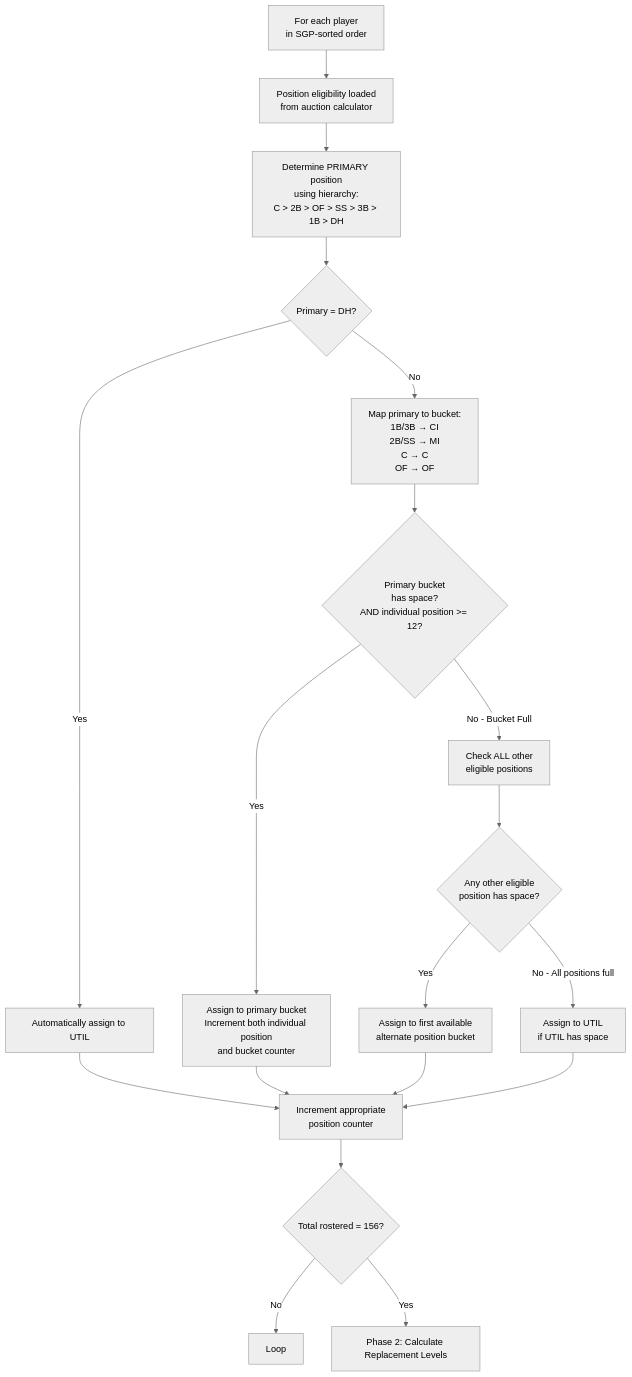
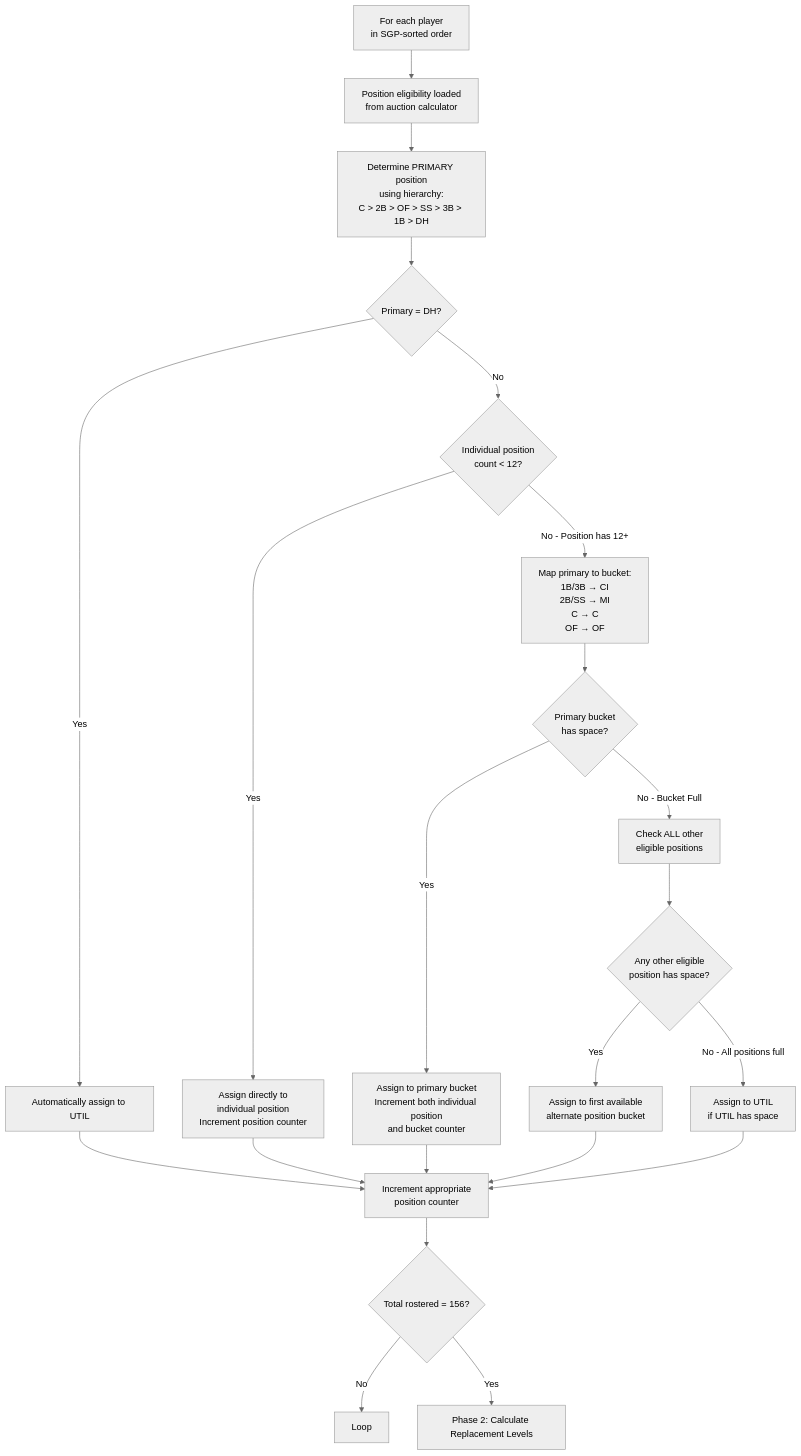
Diagram 13 of 25 in README.md (aflynn0213/FantasySgpSystem), drawn with Mermaid (neutral theme) before and after one commit. The commit also changed other lines of this file, not shown here.

Commit message:
Update position counts and mapping logic in README

````diff
--- a/README.md
+++ b/README.md
@@ -688,29 +689,33 @@
 ```mermaid
 flowchart TD
     Start[For each player<br/>in SGP-sorted order] --> GetElig[Position eligibility loaded<br/>from auction calculator]
     
     GetElig --> Primary[Determine PRIMARY position<br/>using hierarchy:<br/>C > 2B > OF > SS > 3B > 1B > DH]
     
     Primary --> IsDH{Primary = DH?}
     IsDH -->|Yes| AssignUTIL[Automatically assign to UTIL]
     
-    IsDH -->|No| MapPos[Map primary to bucket:<br/>1B/3B → CI<br/>2B/SS → MI<br/>C → C<br/>OF → OF]
+    IsDH -->|No| CheckMinimum{Individual position<br/>count < 12?}
     
-    MapPos --> CheckBucket{Primary bucket<br/>has space?<br/>AND individual position >= 12?}
+    CheckMinimum -->|Yes| AssignDirect[Assign directly to<br/>individual position<br/>Increment position counter]
+    
+    CheckMinimum -->|No - Position has 12+| MapPos[Map primary to bucket:<br/>1B/3B → CI<br/>2B/SS → MI<br/>C → C<br/>OF → OF]
+    
+    MapPos --> CheckBucket{Primary bucket<br/>has space?}
     
     CheckBucket -->|Yes| AssignPrimary[Assign to primary bucket<br/>Increment both individual position<br/>and bucket counter]
     
     CheckBucket -->|No - Bucket Full| CheckOthers[Check ALL other<br/>eligible positions]
     
     CheckOthers --> OtherAvail{Any other eligible<br/>position has space?}
     
     OtherAvail -->|Yes| AssignAlt[Assign to first available<br/>alternate position bucket]
     
     OtherAvail -->|No - All positions full| AssignUTIL3[Assign to UTIL<br/>if UTIL has space]
     
-    AssignPrimary & AssignAlt & AssignUTIL & AssignUTIL3 --> Increment[Increment appropriate<br/>position counter]
+    AssignDirect & AssignPrimary & AssignAlt & AssignUTIL & AssignUTIL3 --> Increment[Increment appropriate<br/>position counter]
     
     Increment --> TotalCheck{Total rostered = 156?}
     TotalCheck -->|No| Loop
     TotalCheck -->|Yes| Phase2[Phase 2: Calculate Replacement Levels]
 ```
````
